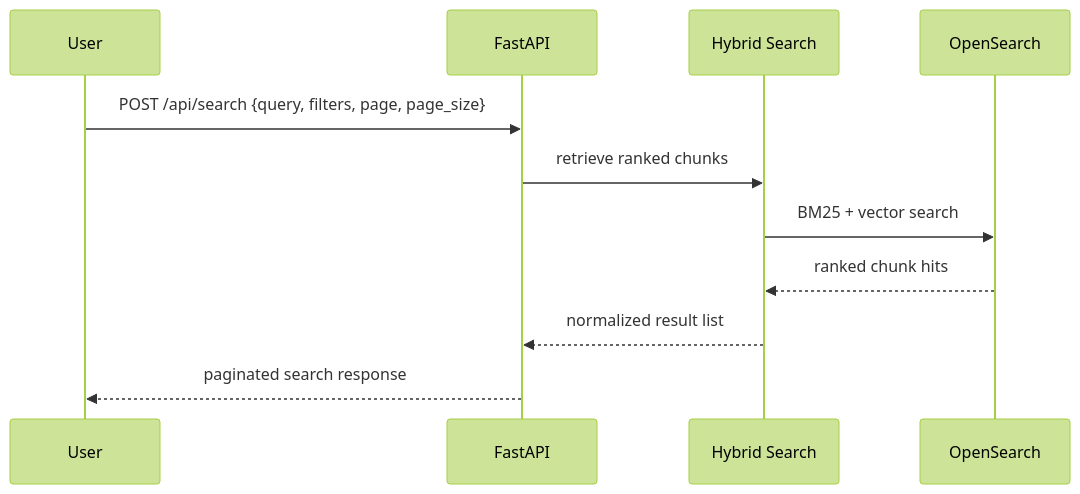
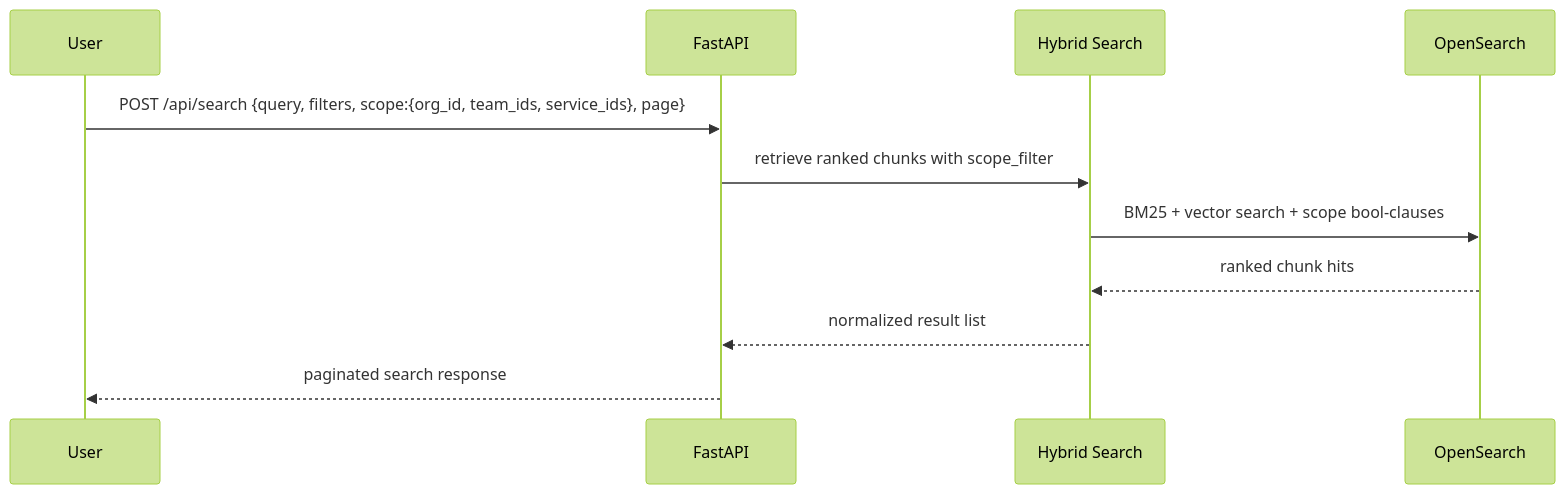
Before and after one commit to gurungabit/prism: the sixth of 6 diagrams in docs/architecture.md, drawn with Mermaid (forest theme). The commit also changed other lines of this file and 261 other files, not shown here.

First line of the commit message:
feat(catalog): declarative org/team/service/source model + drop legacy seed

````diff
--- a/docs/architecture.md
+++ b/docs/architecture.md
@@ -159,14 +285,14 @@
 ```mermaid
 sequenceDiagram
     participant U as User
     participant API as FastAPI
     participant HS as Hybrid Search
     participant OS as OpenSearch
 
-    U->>API: POST /api/search {query, filters, page, page_size}
-    API->>HS: retrieve ranked chunks
-    HS->>OS: BM25 + vector search
+    U->>API: POST /api/search {query, filters, scope:{org_id, team_ids, service_ids}, page}
+    API->>HS: retrieve ranked chunks with scope_filter
+    HS->>OS: BM25 + vector search + scope bool-clauses
     OS-->>HS: ranked chunk hits
     HS-->>API: normalized result list
     API-->>U: paginated search response
 ```
````
